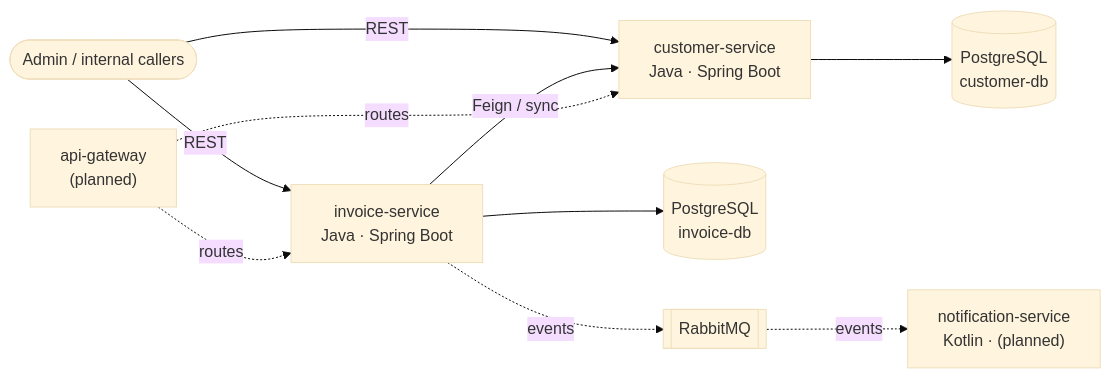
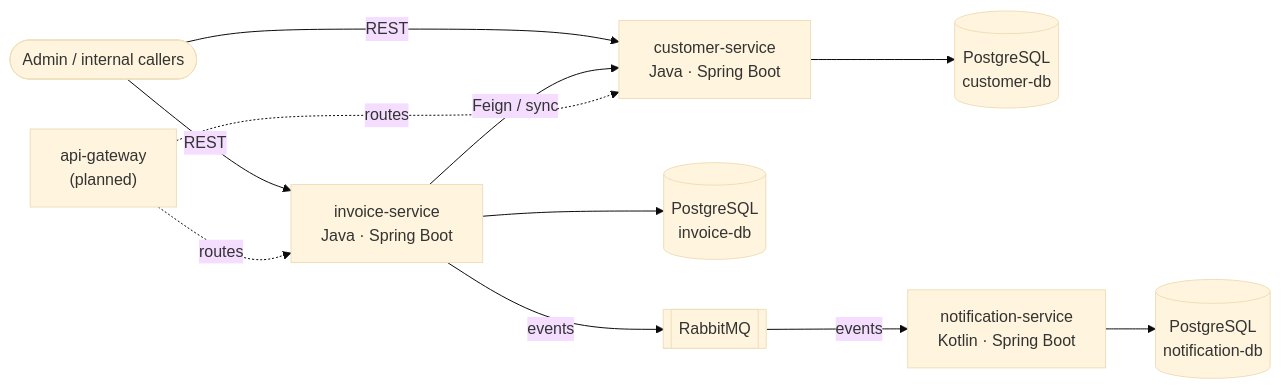
The diagram in README.md (MCB1998/billing-platform), drawn with Mermaid (base theme) before and after one commit. The commit also changed other lines of this file and 3 other files, not shown here.

````diff
--- a/README.md
+++ b/README.md
@@ -17,21 +17,19 @@
 ```mermaid
 flowchart LR
     admin([Admin / internal callers])
 
     admin -->|REST| cs["customer-service<br/>Java · Spring Boot"]
     cs --> csdb[("PostgreSQL<br/>customer-db")]
 
     admin -->|REST| inv["invoice-service<br/>Java · Spring Boot"]
     inv --> invdb[("PostgreSQL<br/>invoice-db")]
     inv -->|Feign / sync| cs
+    inv -->|events| mq[["RabbitMQ"]]
+    mq -->|events| notif["notification-service<br/>Kotlin · Spring Boot"]
+    notif --> notifdb[("PostgreSQL<br/>notification-db")]
 
     %% Planned services (not yet implemented)
     gw["api-gateway<br/>(planned)"]
-    notif["notification-service<br/>Kotlin · (planned)"]
-    mq[["RabbitMQ"]]
-
     gw -.->|routes| cs
     gw -.->|routes| inv
-    inv -.->|events| mq
-    mq -.->|events| notif
 ```
````
